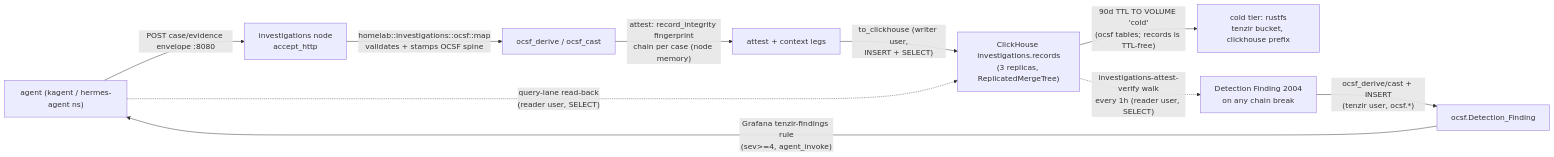
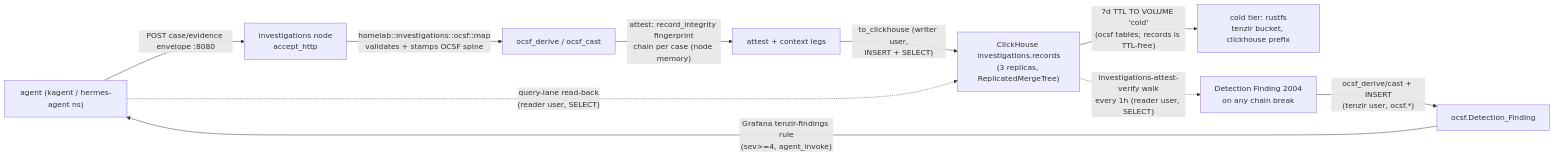
Before and after one commit to Apocrathia/homelab: the first of 2 diagrams in flux/manifests/04-apps/security/tenzir/clickhouse/README.md, drawn with Mermaid. The commit also changed other lines of this file and 28 other files, not shown here.

````diff
--- a/flux/manifests/04-apps/security/tenzir/clickhouse/README.md
+++ b/flux/manifests/04-apps/security/tenzir/clickhouse/README.md
@@ -234,12 +240,12 @@
 ```mermaid
 flowchart LR
     AG["agent (kagent / hermes-agent ns)"] -->|"POST case/evidence envelope :8080"| AH["investigations node<br/>accept_http"]
     AH -->|"homelab::investigations::ocsf::map<br/>validates + stamps OCSF spine"| MAP["ocsf_derive / ocsf_cast"]
     MAP -->|"attest: record_integrity fingerprint<br/>chain per case (node memory)"| AT["attest + context legs"]
     AT -->|"to_clickhouse (writer user,<br/>INSERT + SELECT)"| CH["ClickHouse investigations.records<br/>(3 replicas, ReplicatedMergeTree)"]
-    CH -->|"90d TTL TO VOLUME 'cold'<br/>(ocsf tables; records is TTL-free)"| COLD["cold tier: rustfs<br/>tenzir bucket, clickhouse prefix"]
+    CH -->|"7d TTL TO VOLUME 'cold'<br/>(ocsf tables; records is TTL-free)"| COLD["cold tier: rustfs<br/>tenzir bucket, clickhouse prefix"]
     AG -.->|"query-lane read-back<br/>(reader user, SELECT)"| CH
     CH -.->|"investigations-attest-verify walk<br/>every 1h (reader user, SELECT)"| VFY["Detection Finding 2004<br/>on any chain break"]
     VFY -->|"ocsf_derive/cast + INSERT<br/>(tenzir user, ocsf.*)"| DF["ocsf.Detection_Finding"]
     DF -->|"Grafana tenzir-findings rule<br/>(sev>=4, agent_invoke)"| AG
 ```
````
